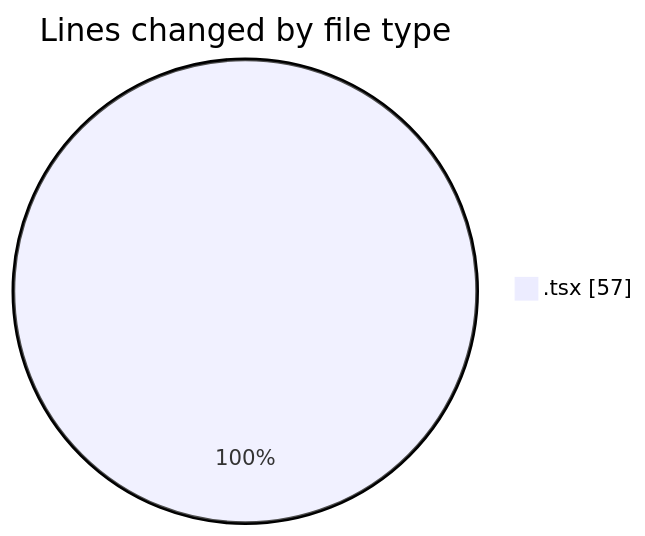
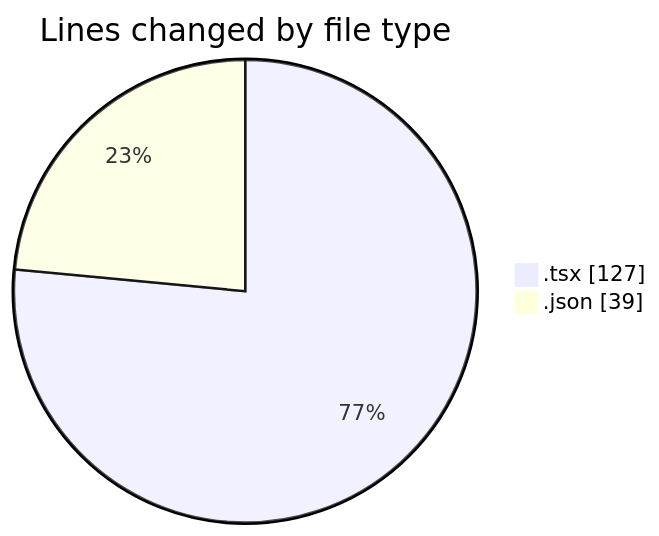
Before and after one commit to EIIisD/code-tracking: the first of 2 diagrams in 2025-08-05/tw-server/README.md, drawn with Mermaid. The commit also changed other lines of this file and 1 other file, not shown here.

````diff
--- a/2025-08-05/tw-server/README.md
+++ b/2025-08-05/tw-server/README.md
@@ -21,5 +23,6 @@
 ```mermaid
 pie showData
 title Lines changed by file type
-".tsx" : 57
+".tsx" : 127
+".json" : 39
 ```
````
